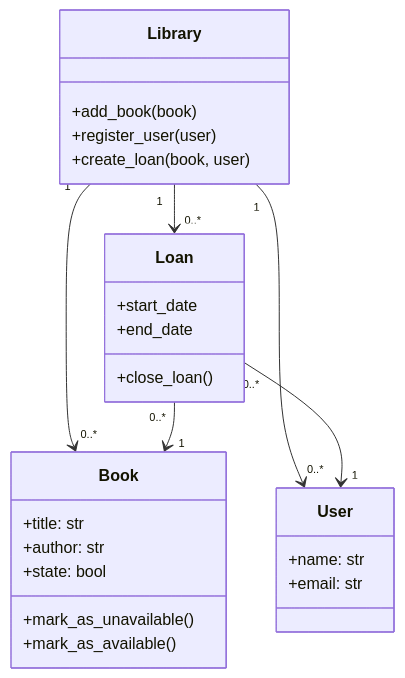
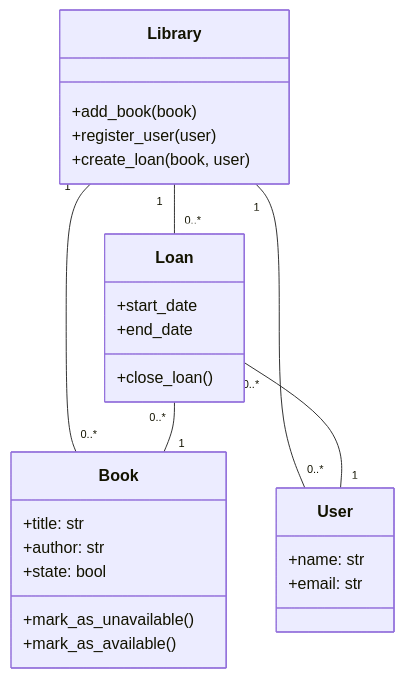
One commit to rhilesfekkai/sw_design_architecture changed the diagram in uml_intro/0-class_diagram.mmd. Above: the diagram before and after it, drawn with Mermaid.

Commit message:
Fix UML library relationships

```diff
--- a/uml_intro/0-class_diagram.mmd
+++ b/uml_intro/0-class_diagram.mmd
@@ -1,31 +1,31 @@
 classDiagram
     class Library {
         +add_book(book)
         +register_user(user)
         +create_loan(book, user)
     }
 
     class Book {
         +title: str
         +author: str
         +state: bool
         +mark_as_unavailable()
         +mark_as_available()
     }
 
     class User {
         +name: str
         +email: str
     }
 
     class Loan {
         +start_date
         +end_date
         +close_loan()
     }
 
-    Library "1" --> "0..*" Book
-    Library "1" --> "0..*" User
-    Library "1" --> "0..*" Loan
-    Loan "0..*" --> "1" Book
-    Loan "0..*" --> "1" User
+    Library "1" -- "0..*" Book
+    Library "1" -- "0..*" User
+    Library "1" -- "0..*" Loan
+    Loan "0..*" -- "1" Book
+    Loan "0..*" -- "1" User
```
